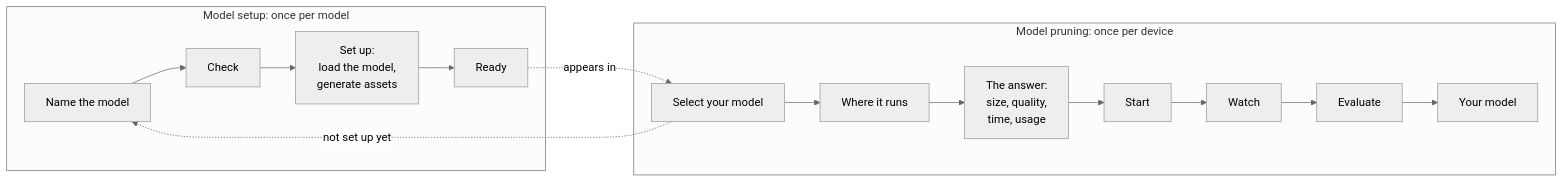
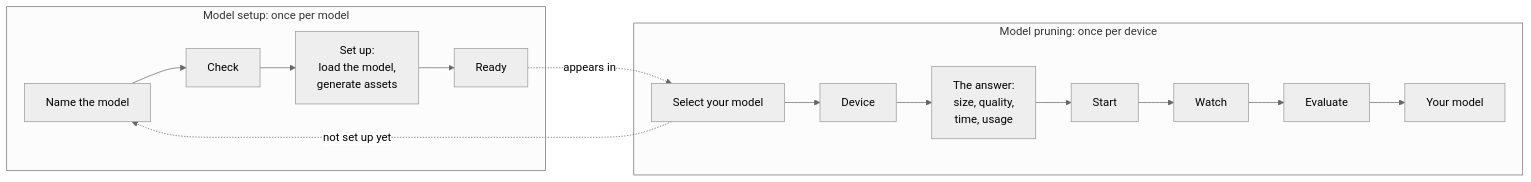
Before and after one commit to stephxu96/pruneagent: the first of 2 diagrams in docs/APP_DESIGN.md, drawn with Mermaid (neutral theme). The commit also changed other lines of this file and 7 other files, not shown here.

Commit message:
Labels as noun phrases (Steph): Device (was Where it runs), Strategy (was How it cuts / How the AI cuts), Model setup, Steps by layer, Instructions, Memory for other apps, Models ready for pruning

````diff
--- a/docs/APP_DESIGN.md
+++ b/docs/APP_DESIGN.md
@@ -52,11 +52,11 @@
 ```mermaid
 flowchart LR
     subgraph Setup[Model setup: once per model]
         S1[Name the model] --> S2[Check] --> S3[Set up:<br/>load the model,<br/>generate assets] --> S4[Ready]
     end
     subgraph Pruning[Model pruning: once per device]
-        P1[Select your model] --> P2[Where it runs] --> P3[The answer:<br/>size, quality,<br/>time, usage] --> P4[Start] --> P5[Watch] --> P6[Evaluate] --> P7[Your model]
+        P1[Select your model] --> P2[Device] --> P3[The answer:<br/>size, quality,<br/>time, usage] --> P4[Start] --> P5[Watch] --> P6[Evaluate] --> P7[Your model]
     end
     S4 -. appears in .-> P1
     P1 -. not set up yet .-> S1
 ```
````
